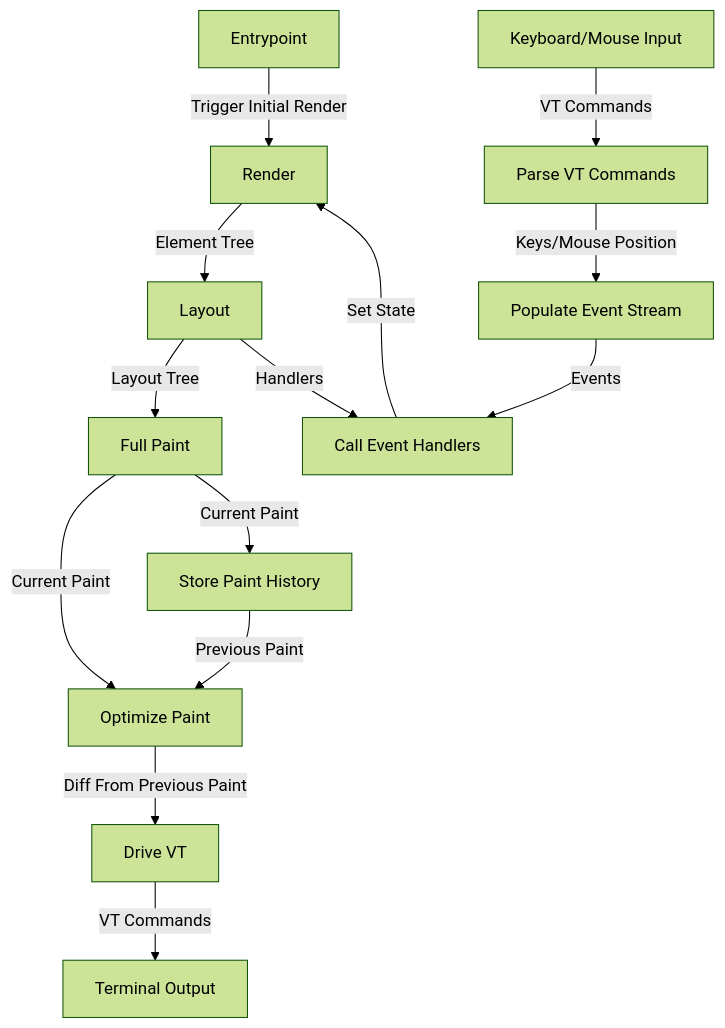
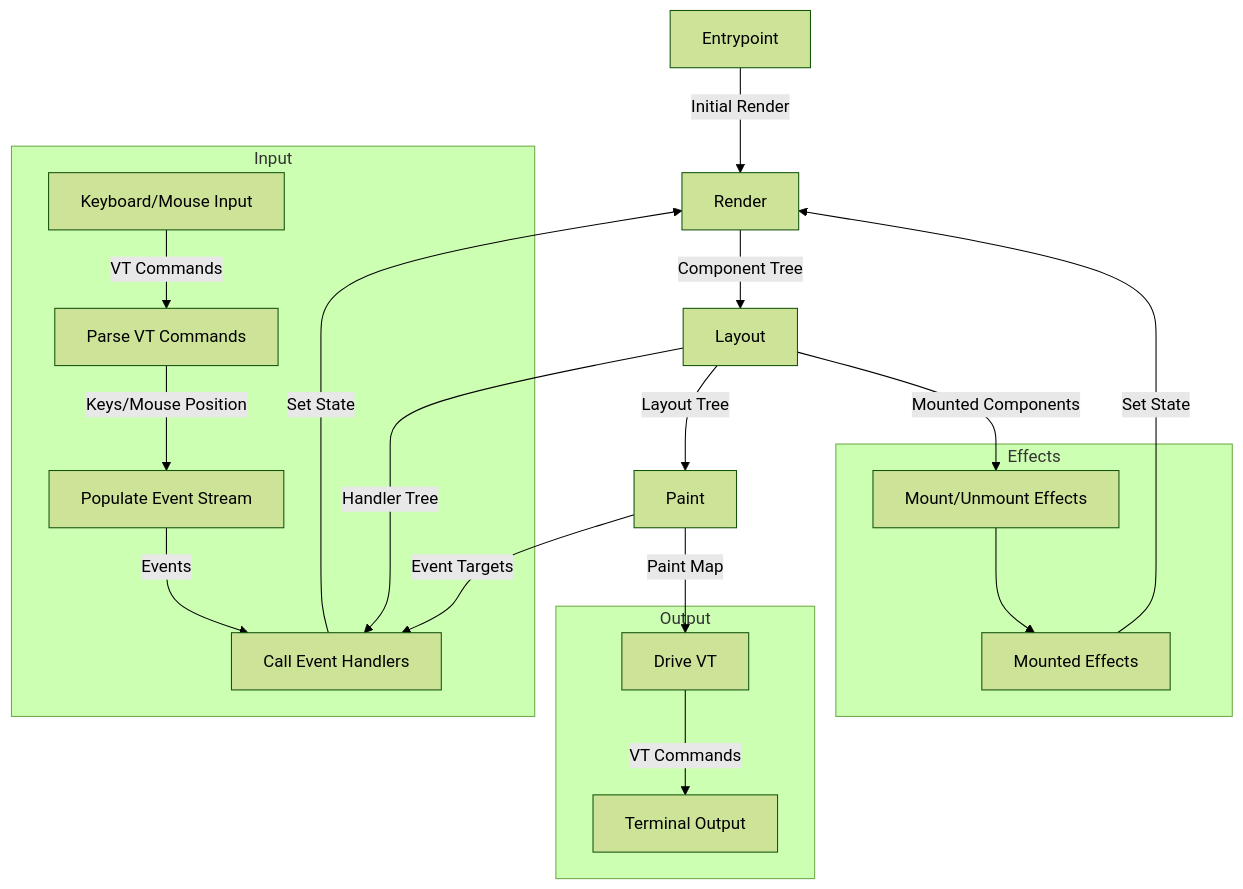
One commit to JoshKarpel/counterweight changed the diagram in docs/app-flow.md. Above: the diagram before and after it, drawn with Mermaid (forest theme). The commit also changed 7 other files, not shown here.

Commit message:
working on diagram

````diff
--- a/docs/app-flow.md
+++ b/docs/app-flow.md
@@ -3,34 +3,44 @@
 ```mermaid
 flowchart TB
 
     en[Entrypoint]
     r[Render]
     l[Layout]
-    fp[Full Paint]
-    ph[Store Paint History]
-    op[Optimize Paint]
-    d[Drive VT]
-    t[Terminal Output]
+    p[Paint]
 
-    i[Keyboard/Mouse Input]
-    vp[Parse VT Commands]
-    ev[Populate Event Stream]
-    eh[Call Event Handlers]
+    subgraph Output
+        d[Drive VT]
+        t[Terminal Output]
+    end
 
-    en -- Trigger Initial Render --> r
-    r -- Element Tree --> l
-    l -- Layout Tree --> fp
-    fp -- Current Paint --> op
-    fp -- Current Paint --> ph
-    ph -- Previous Paint --> op
-    op -- Diff From Previous Paint --> d
+    subgraph Input
+        i[Keyboard/Mouse Input]
+        vp[Parse VT Commands]
+        ev[Populate Event Stream]
+        eh[Call Event Handlers]
+    end
+
+    subgraph Effects
+        efm[Mount/Unmount Effects]
+        eff[Mounted Effects]
+    end
+
+    en -- Initial Render --> r
+    r -- Component Tree --> l
+    l -- Layout Tree --> p
+    p -- Paint Map --> d
     d -- VT Commands --> t
 
     i -- VT Commands --> vp
     vp -- Keys/Mouse Position --> ev
     ev -- Events --> eh
-    l -- Handlers --> eh
+    l -- Handler Tree --> eh
+    p -- Event Targets --> eh
 
     eh -- Set State --> r
 
+    l -- Mounted Components --> efm
+    efm --> eff
+    eff -- Set State --> r
+
 ```
````
